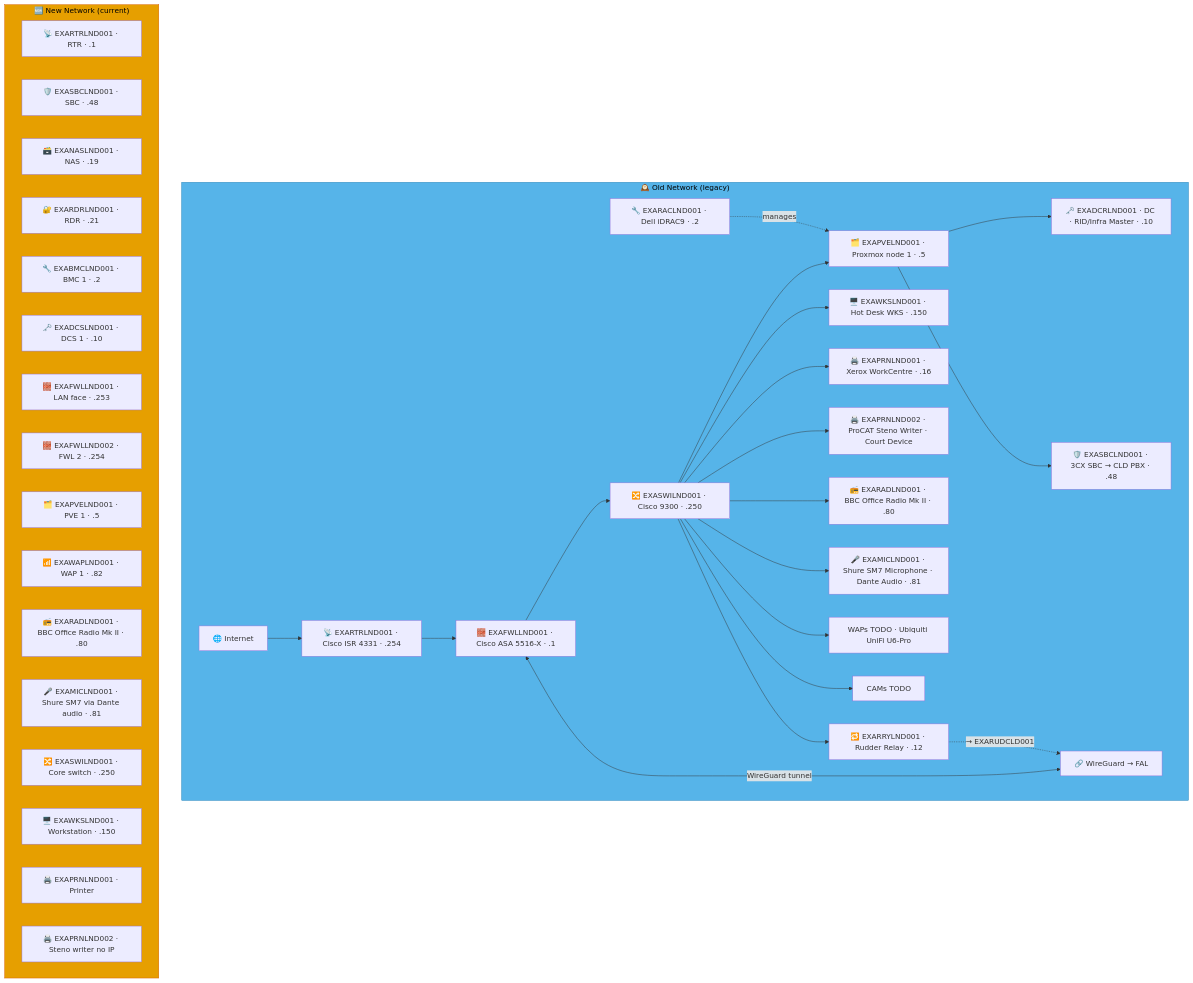
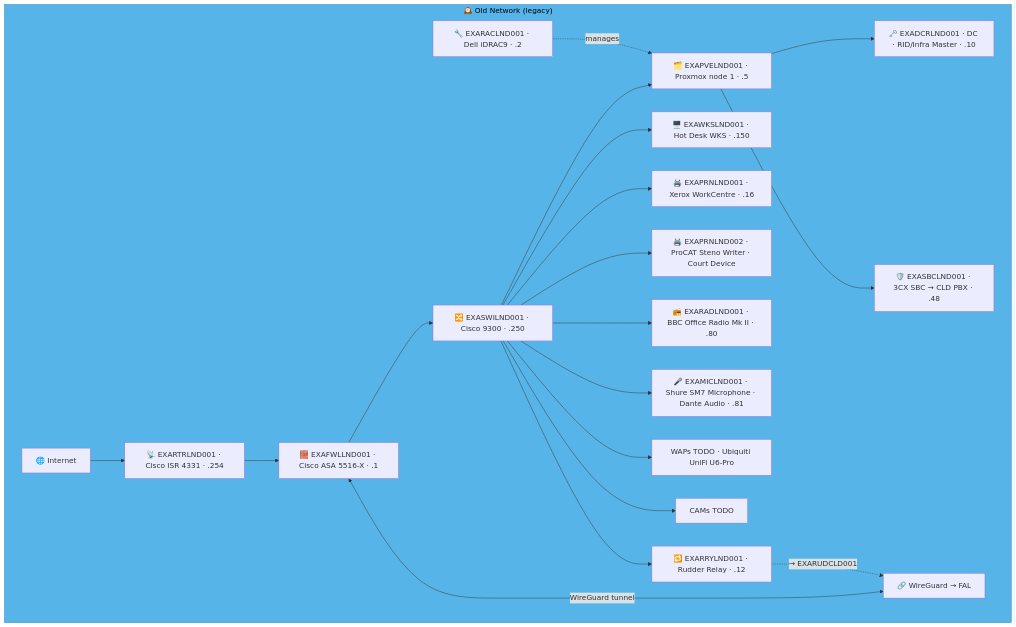
Before and after one commit to knightmare2600/example_music_infra: the first of 18 diagrams in docs/network-diagram/england.md, drawn with Mermaid. The commit also changed other lines of this file and 35 other files, not shown here.

````diff
--- a/docs/network-diagram/england.md
+++ b/docs/network-diagram/england.md
@@ -16,53 +16,32 @@
 ```mermaid
 graph TD
     subgraph OLD_LND ["🕰️ Old Network (legacy)"]
       INET["🌐 Internet"]
       FWL["🧱 EXAFWLLND001 · Cisco ASA 5516-X · .1"]
       SW["🔀 EXASWILND001 · Cisco 9300 · .250"]
       RTR["📡 EXARTRLND001 · Cisco ISR 4331 · .254"]
       RAC["🔧 EXARACLND001 · Dell iDRAC9 · .2"]
       PVE["🗂️ EXAPVELND001 · Proxmox node 1 · .5"]
       DC["🗝️ EXADCRLND001 · DC · RID/Infra Master · .10"]
       SBC["🛡️ EXASBCLND001 · 3CX SBC → CLD PBX · .48"]
       RRY["🔁 EXARRYLND001 · Rudder Relay · .12"]
       WKS["🖥️ EXAWKSLND001 · Hot Desk WKS · .150"]
       PRN1["🖨️ EXAPRNLND001 · Xerox WorkCentre · .16"]
       PRN2["🖨️ EXAPRNLND002 · ProCAT Steno Writer · Court Device"]
       RAD["📻 EXARADLND001 · BBC Office Radio Mk II · .80"]
       MIC["🎤 EXAMICLND001 · Shure SM7 Microphone · Dante Audio · .81"]
       WAP["WAPs TODO · Ubiquiti UniFi U6-Pro"]
       CAM["CAMs TODO"]
       VPN["🔗 WireGuard → FAL"]
 
       INET --> RTR --> FWL --> SW
       SW --> PVE --> DC & SBC
       RAC -.->|"manages"| PVE
       SW --> WKS & PRN1 & PRN2 & RAD & MIC & WAP & CAM
       FWL <-->|"WireGuard tunnel"| VPN
 
       SW --> RRY
       RRY -. "→ EXARUDCLD001" .-> VPN
     end
     style OLD_LND fill:#56B4E9,stroke:#0072B2,color:#000000
-    %% GENERATED:NEW-NETWORK:LND:START
-    subgraph NEW_LND ["🆕 New Network (current)"]
-      N_RTR["📡 EXARTRLND001 · RTR · .1"]
-      N_SBC["🛡️ EXASBCLND001 · SBC · .48"]
-      N_NAS["🗃️ EXANASLND001 · NAS · .19"]
-      N_RDR["🔐 EXARDRLND001 · RDR · .21"]
-      N_BMC["🔧 EXABMCLND001 · BMC 1 · .2"]
-      N_DCS["🗝️ EXADCSLND001 · DCS 1 · .10"]
-      N_FWL["🧱 EXAFWLLND001 · LAN face · .253"]
-      N_FWL2["🧱 EXAFWLLND002 · FWL 2 · .254"]
-      N_PVE["🗂️ EXAPVELND001 · PVE 1 · .5"]
-      N_WAP["📶 EXAWAPLND001 · WAP 1 · .82"]
-      N_RAD["📻 EXARADLND001 · BBC Office Radio Mk II · .80"]
-      N_MIC["🎤 EXAMICLND001 · Shure SM7 via Dante audio · .81"]
-      N_SWI["🔀 EXASWILND001 · Core switch · .250"]
-      N_WKS["🖥️ EXAWKSLND001 · Workstation · .150"]
-      N_PRN["🖨️ EXAPRNLND001 · Printer"]
-      N_PRN2["🖨️ EXAPRNLND002 · Steno writer no IP"]
-    end
-    style NEW_LND fill:#E69F00,stroke:#D55E00,color:#000000
-    %% GENERATED:NEW-NETWORK:LND:END
 ```
````
